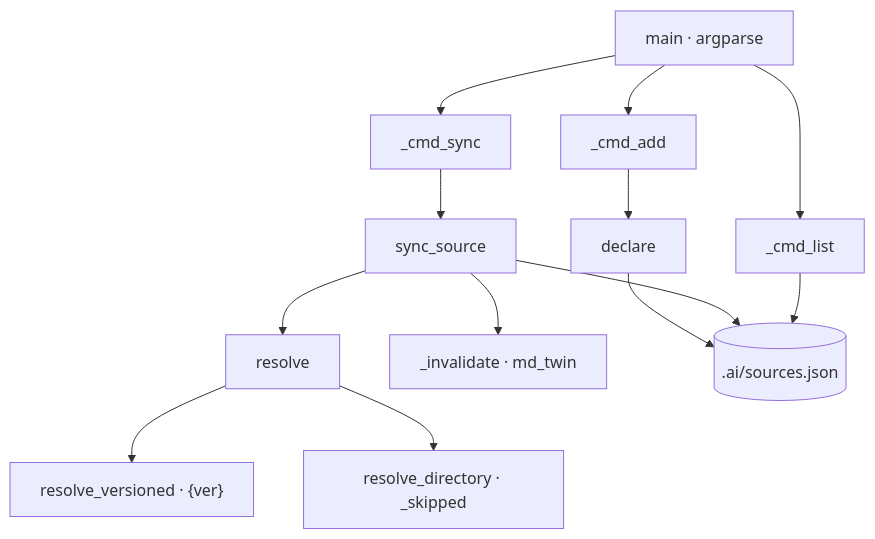
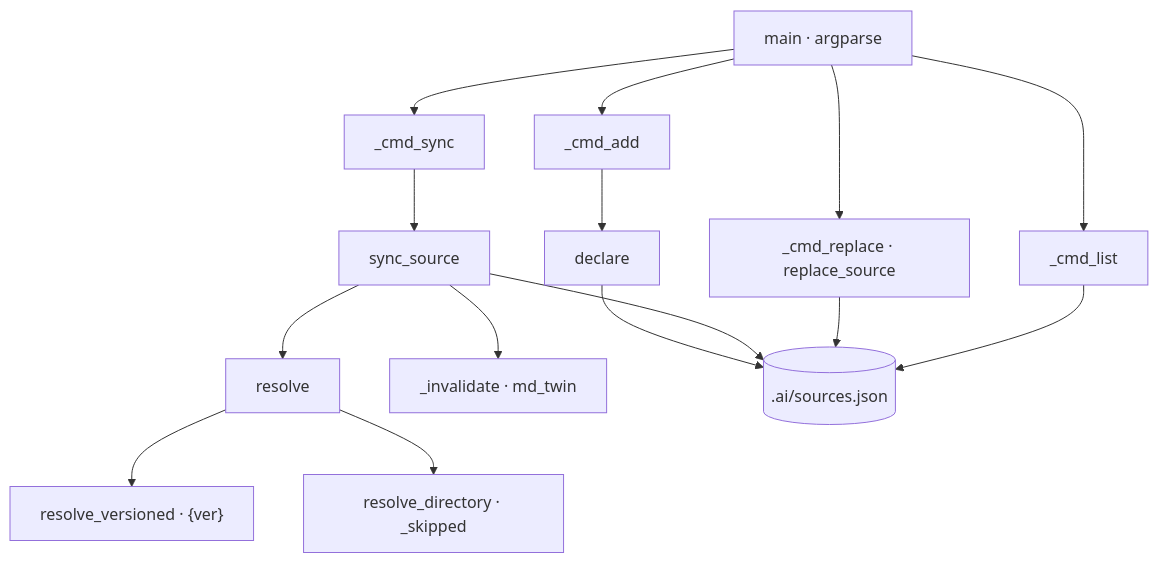
The diagram in docs/api/snapshot_sources.md (fmanza/doc_ia), drawn with Mermaid before and after one commit. The commit also changed other lines of this file and 41 other files, not shown here.

````diff
--- a/docs/api/snapshot_sources.md
+++ b/docs/api/snapshot_sources.md
@@ -14,13 +14,13 @@
 ```mermaid
 flowchart TD
     accTitle: Subcomandos de snapshot_sources y sus funciones
-    accDescr: main despacha a add, sync y list; add declara el origen en el manifiesto; sync resuelve los ficheros de cada origen, compara huellas, copia a _staging e invalida la conversión md; list lee el manifiesto.
-    CLI[main · argparse] --> ADD[_cmd_add] & SYNC[_cmd_sync] & LIST[_cmd_list]
+    accDescr: main despacha a add, replace, sync y list; add declara el origen en el manifiesto; replace lo sustituye por un documento reestructurado; sync resuelve los ficheros de cada origen, compara huellas, copia a _staging e invalida la conversión md; list lee el manifiesto.
+    CLI[main · argparse] --> ADD[_cmd_add] & REP[_cmd_replace · replace_source] & SYNC[_cmd_sync] & LIST[_cmd_list]
     ADD --> DE[declare]
     SYNC --> SS[sync_source]
     SS --> RS[resolve]
     RS --> RV["resolve_versioned · {ver}"]
     RS --> RD[resolve_directory · _skipped]
     SS --> IV[_invalidate · md_twin]
-    DE & SS & LIST --> MF[(".ai/sources.json")]
+    DE & SS & REP & LIST --> MF[(".ai/sources.json")]
 ```
````
